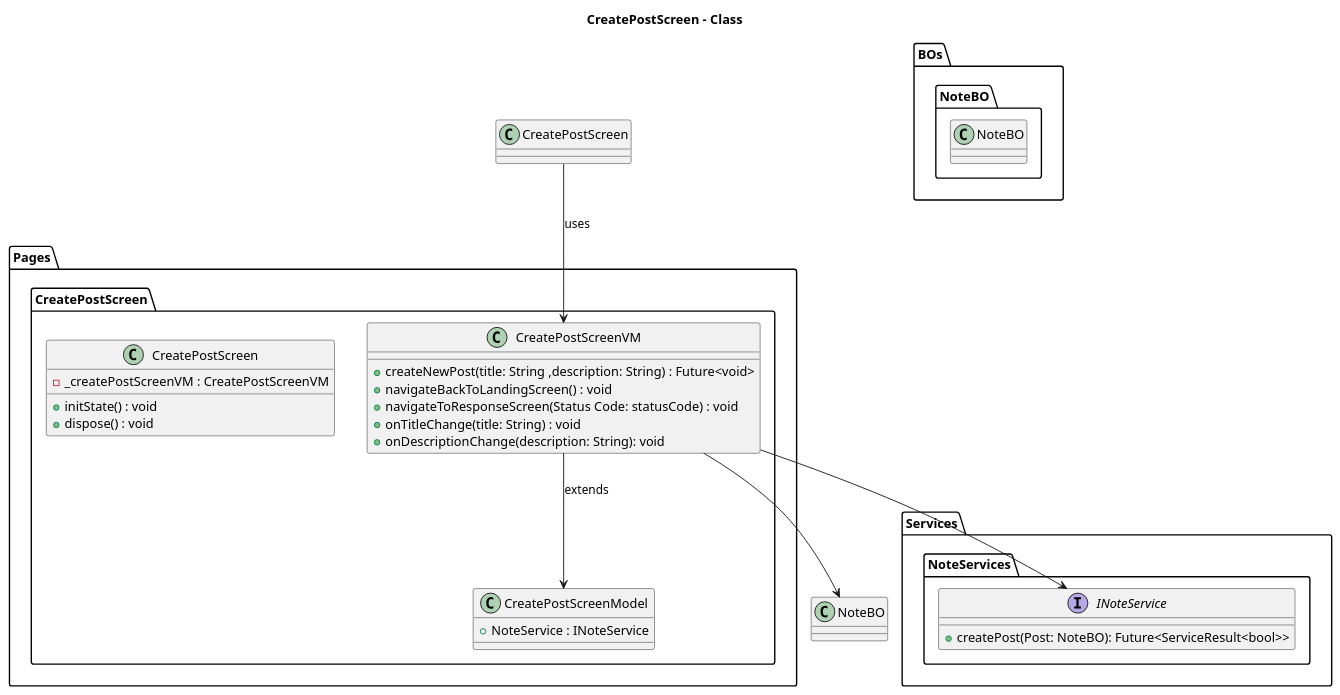
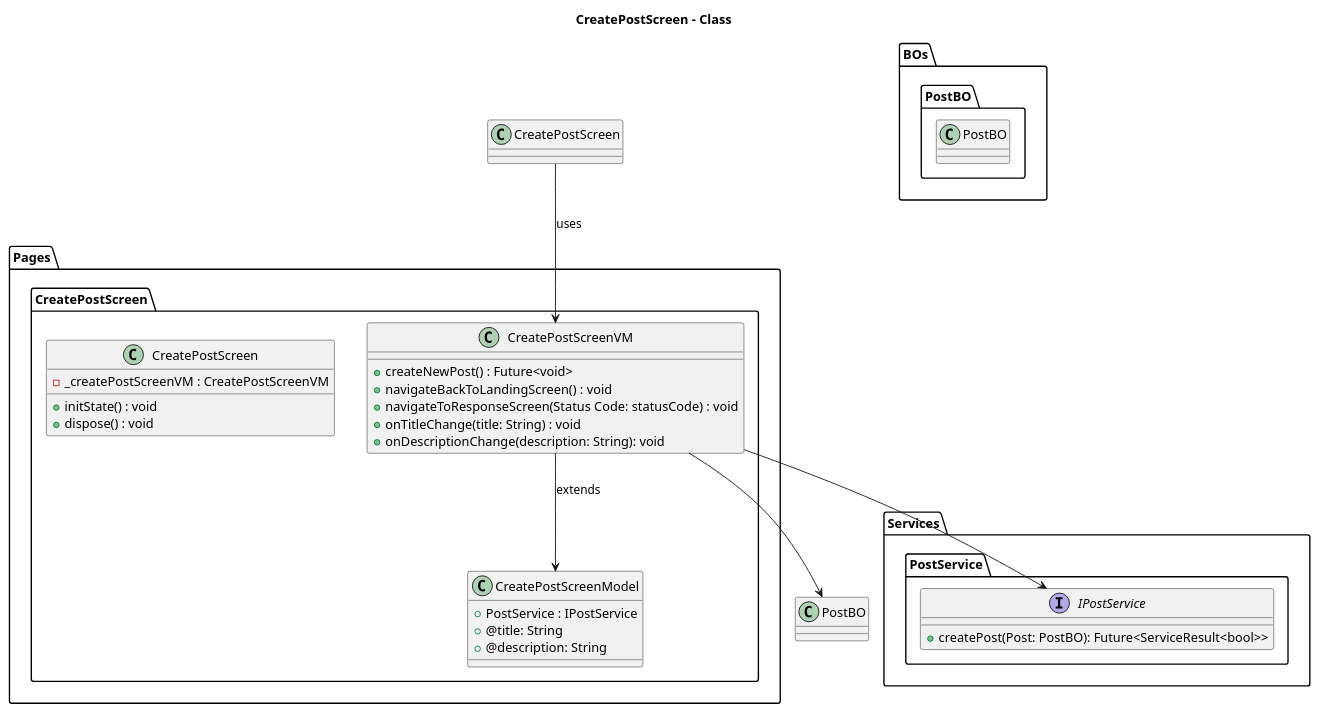
The diagram in lib/Pages/CreatePostScreen/Design/CreatePostScreen-Class.puml (ThirumuruganArumugam/social_media), drawn with PlantUML before and after one commit. The commit also changed 11 other files, not shown here.

```diff
--- a/lib/Pages/CreatePostScreen/Design/CreatePostScreen-Class.puml
+++ b/lib/Pages/CreatePostScreen/Design/CreatePostScreen-Class.puml
@@ -1,44 +1,46 @@
 @startuml CreatePostScreen - Class
 
 title **CreatePostScreen - Class**
 
 package Pages{
     package CreatePostScreen{
         class CreatePostScreenModel{
-            + NoteService : INoteService
+            + PostService : IPostService
+            + @title: String
+            + @description: String
         }
         class CreatePostScreenVM{
-            + createNewPost(title: String ,description: String) : Future<void>
+            + createNewPost() : Future<void>
             + navigateBackToLandingScreen() : void
             + navigateToResponseScreen(Status Code: statusCode) : void
             + onTitleChange(title: String) : void
             + onDescriptionChange(description: String): void
         }
         class CreatePostScreen{
             - _createPostScreenVM : CreatePostScreenVM
             + initState() : void
             + dispose() : void
         }
     }
 }
 
 package Services{
-    package NoteServices{
-        interface INoteService{
-            + createPost(Post: NoteBO): Future<ServiceResult<bool>>
+    package PostService{
+        interface IPostService{
+            + createPost(Post: PostBO): Future<ServiceResult<bool>>
         }
     }
 }
 
 package BOs{
-    package NoteBO{
-        class NoteBO{
+    package PostBO{
+        class PostBO{
         }
     }
 }
 
-CreatePostScreenVM --> NoteBO 
-CreatePostScreenVM --> INoteService 
+CreatePostScreenVM --> PostBO 
+CreatePostScreenVM --> IPostService 
 CreatePostScreenVM --> CreatePostScreenModel : extends
 CreatePostScreen --> CreatePostScreenVM : uses
 @enduml
```
